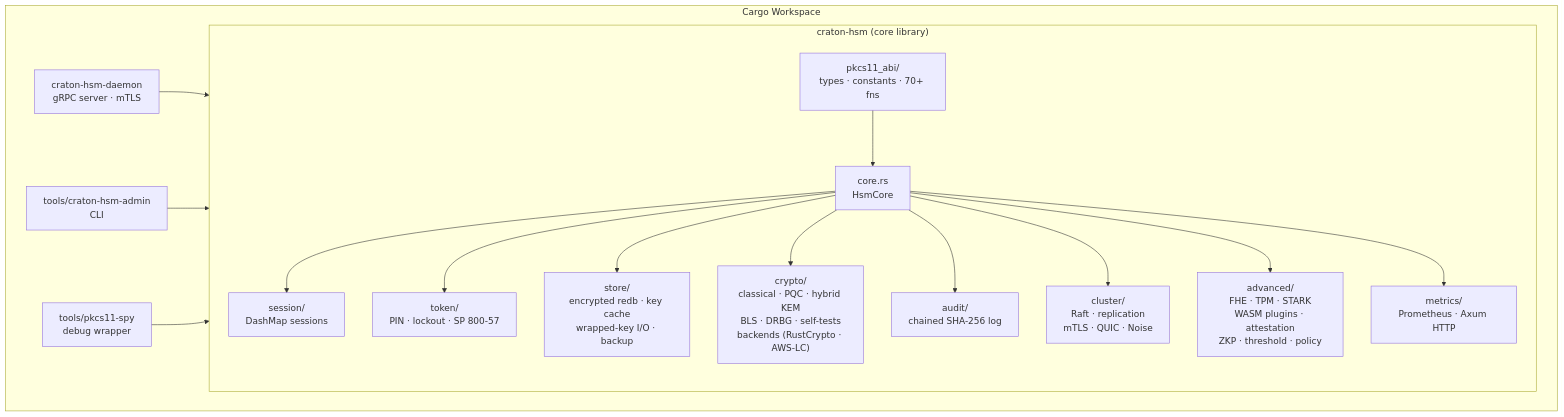
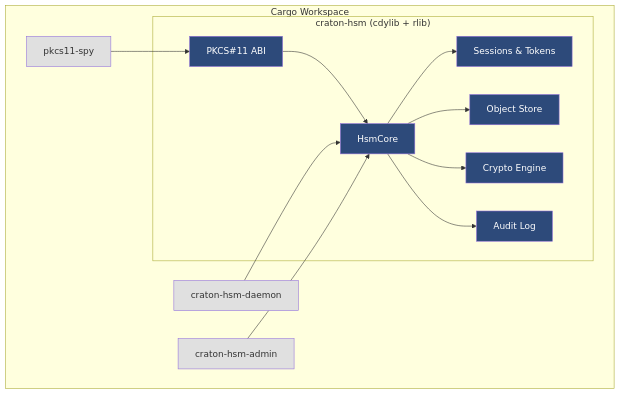
One commit to sonoransun/multicraton-hsm-testnet changed diagram 15 of 16 in README.md. Above: the diagram before and after it, drawn with Mermaid. The commit also changed other lines of this file and 28 other files, not shown here.

````diff
--- a/README.md
+++ b/README.md
@@ -567,27 +635,25 @@
 ```mermaid
 graph TB
     subgraph WS["Cargo Workspace"]
-        subgraph CORE_LIB["craton-hsm  (core library)"]
-            direction TB
-            ABI_M["pkcs11_abi/<br/>types · constants · 70+ fns"]
-            CORE_M["core.rs<br/>HsmCore"]
-            SESSION_M["session/<br/>DashMap sessions"]
-            TOKEN_M["token/<br/>PIN · lockout · SP 800-57"]
-            STORE_M["store/<br/>encrypted redb · key cache<br/>wrapped-key I/O · backup"]
-            CRYPTO_M["crypto/<br/>classical · PQC · hybrid KEM<br/>BLS · DRBG · self-tests<br/>backends (RustCrypto · AWS-LC)"]
-            AUDIT_M["audit/<br/>chained SHA-256 log"]
-            CLUSTER_M["cluster/<br/>Raft · replication<br/>mTLS · QUIC · Noise"]
-            ADV_M["advanced/<br/>FHE · TPM · STARK<br/>WASM plugins · attestation<br/>ZKP · threshold · policy"]
-            METRICS_M["metrics/<br/>Prometheus · Axum HTTP"]
+        subgraph LIB["craton-hsm  (cdylib + rlib)"]
+            ABI["PKCS#11 ABI"]
+            CORE["HsmCore"]
+            SESS_TOK["Sessions & Tokens"]
+            STORE["Object Store"]
+            CRYPTO["Crypto Engine"]
+            AUDIT["Audit Log"]
         end
-
-        DAEMON["craton-hsm-daemon<br/>gRPC server · mTLS"]
-        ADMIN["tools/craton-hsm-admin<br/>CLI"]
-        SPY["tools/pkcs11-spy<br/>debug wrapper"]
+        DAEMON["craton-hsm-daemon"]
+        ADMIN["craton-hsm-admin"]
+        SPY["pkcs11-spy"]
     end
 
-    ABI_M & DAEMON & ADMIN --> CORE_M
-    SPY --> ABI_M
-    CORE_M --> SESSION_M & TOKEN_M & STORE_M & CRYPTO_M
-    CORE_M --> AUDIT_M & CLUSTER_M & ADV_M & METRICS_M
+    ABI & DAEMON & ADMIN --> CORE
+    SPY --> ABI
+    CORE --> SESS_TOK & STORE & CRYPTO & AUDIT
+
+    classDef core fill:#2d4a7a,color:#fff
+    classDef tool fill:#e0e0e0,color:#333
+    class ABI,CORE,SESS_TOK,STORE,CRYPTO,AUDIT core
+    class DAEMON,ADMIN,SPY tool
 ```
````
